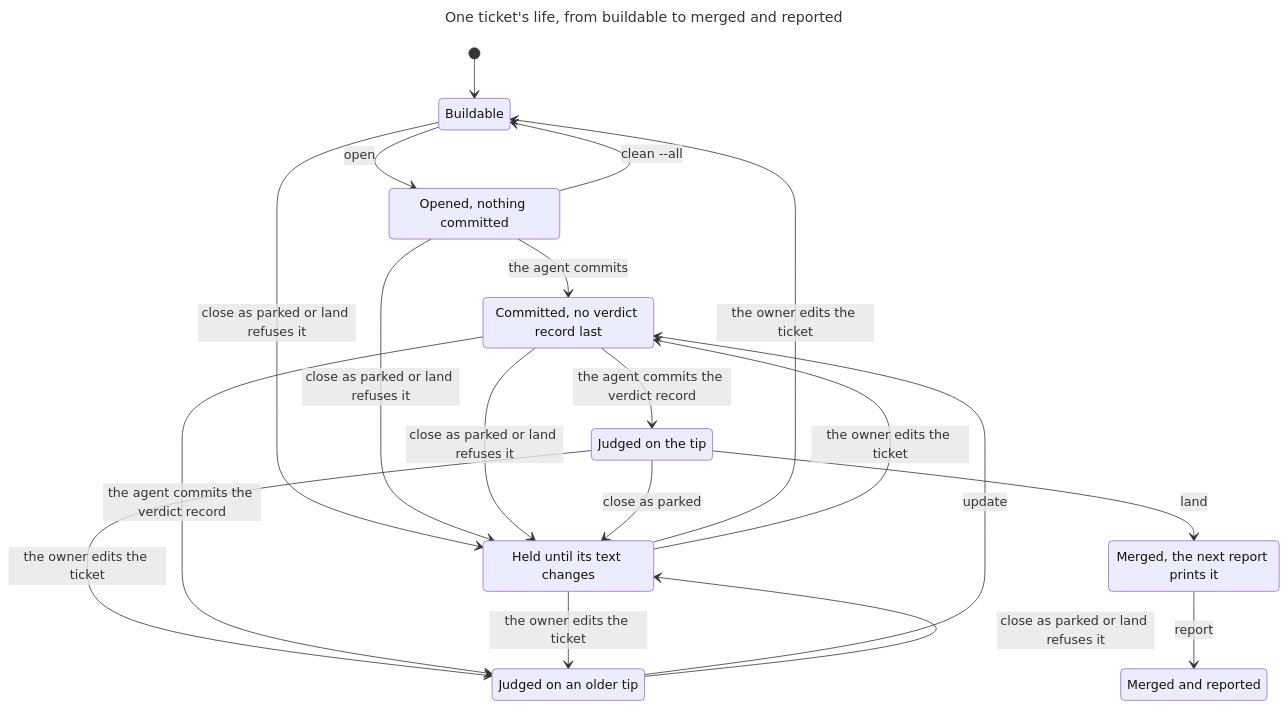
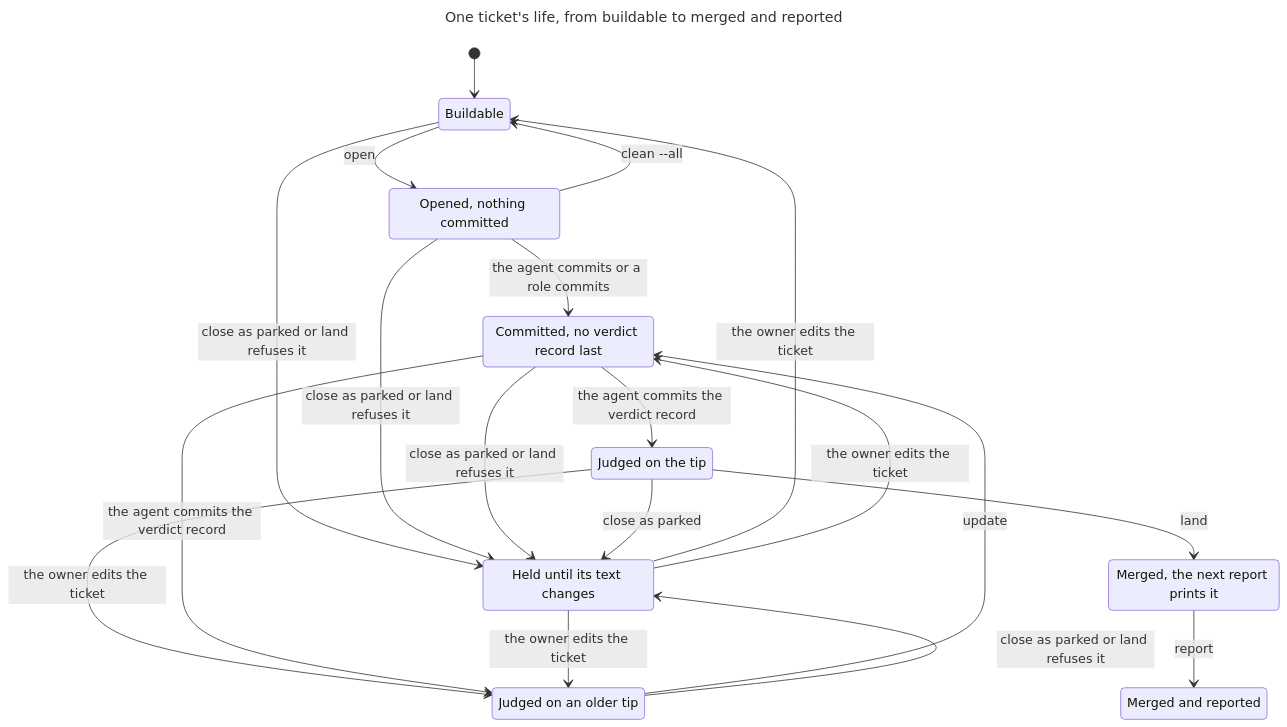
The first of 10 diagrams in docs/model/drain.md (Simon-GitHub-Code/ratchet), drawn with Mermaid before and after one commit. The commit also changed other lines of this file and 5 other files, not shown here.

````diff
--- a/docs/model/drain.md
+++ b/docs/model/drain.md
@@ -210,32 +215,32 @@
 ```mermaid
 ---
 title: "One ticket's life, from buildable to merged and reported"
 ---
 stateDiagram-v2
   s0: Buildable
   s1: Opened, nothing committed
   s2: Held until its text changes
   s3: Committed, no verdict record last
   s4: Judged on the tip
   s5: Judged on an older tip
   s6: Merged, the next report prints it
   s7: Merged and reported
   [*] --> s0
   s0 --> s1: open
   s0 --> s2: close as parked or land refuses it
-  s1 --> s3: the agent commits
+  s1 --> s3: the agent commits or a role commits
   s1 --> s2: close as parked or land refuses it
   s1 --> s0: clean --all
   s2 --> s0: the owner edits the ticket
   s3 --> s4: the agent commits the verdict record
   s3 --> s2: close as parked or land refuses it
   s4 --> s2: close as parked
   s4 --> s5: the owner edits the ticket
   s4 --> s6: land
   s2 --> s3: the owner edits the ticket
   s3 --> s5: the agent commits the verdict record
   s2 --> s5: the owner edits the ticket
   s5 --> s3: update
   s5 --> s2: close as parked or land refuses it
   s6 --> s7: report
 ```
````
